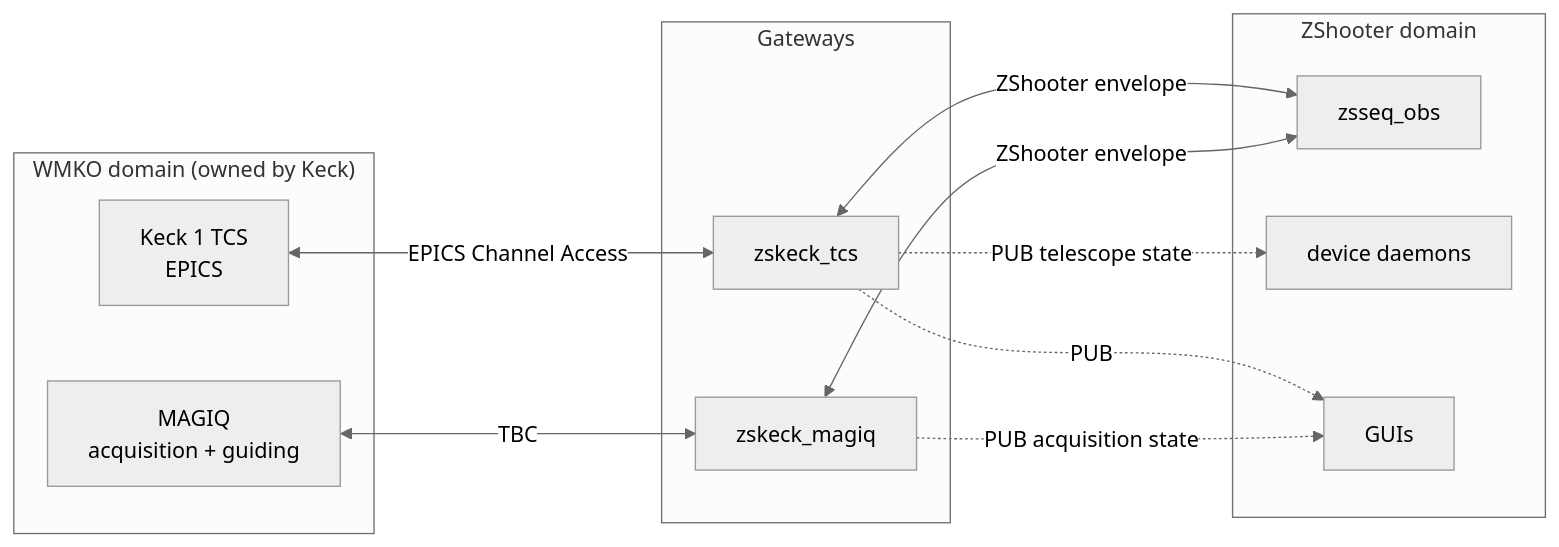
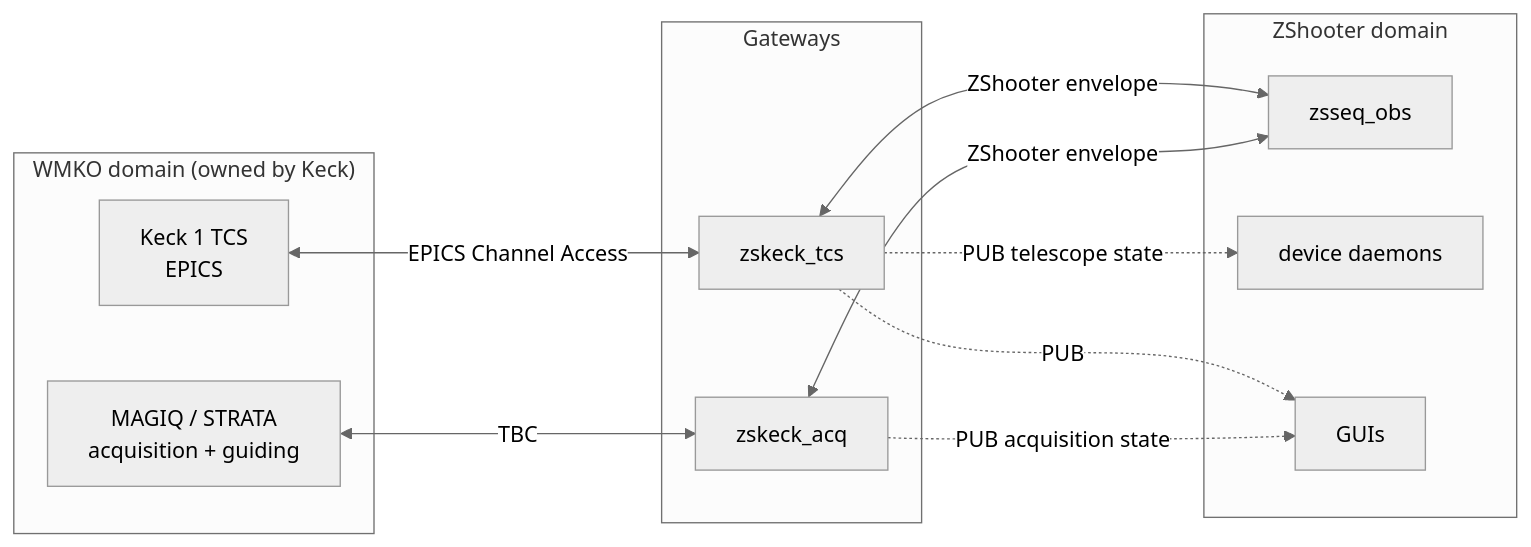
Before and after one commit to CaltechOpticalObservatories/zshooter: the diagram in docs/source/architecture/gateways.rst, drawn with Mermaid (neutral theme). The commit also changed other lines of this file and 26 other files, not shown here.

Commit message:
Changes per architectural discussions (#2)

```diff
--- a/docs/source/architecture/gateways.rst
+++ b/docs/source/architecture/gateways.rst
@@ -15,26 +16,26 @@
 .. mermaid::
 
    flowchart LR
        subgraph WMKO["WMKO domain (owned by Keck)"]
            TCS["Keck 1 TCS<br/>EPICS"]
-           MAGIQ["MAGIQ<br/>acquisition + guiding"]
+           ACQ["MAGIQ / STRATA<br/>acquisition + guiding"]
        end
 
        subgraph GW["Gateways"]
            GTCS["zskeck_tcs"]
-           GMAG["zskeck_magiq"]
+           GMAG["zskeck_acq"]
        end
 
        subgraph ZS["ZShooter domain"]
            SEQ["zsseq_obs"]
            DEV["device daemons"]
            GUI["GUIs"]
        end
 
        TCS <-->|"EPICS Channel Access"| GTCS
-       MAGIQ <-->|"TBC"| GMAG
+       ACQ <-->|"TBC"| GMAG
        GTCS <-->|"ZShooter envelope"| SEQ
        GMAG <-->|"ZShooter envelope"| SEQ
        GTCS -.->|"PUB telescope state"| DEV
        GTCS -.->|"PUB"| GUI
        GMAG -.->|"PUB acquisition state"| GUI
```
